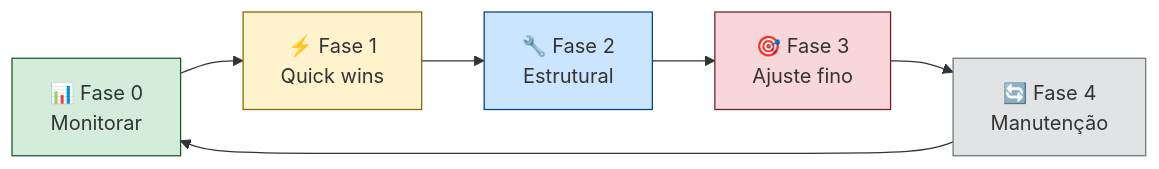
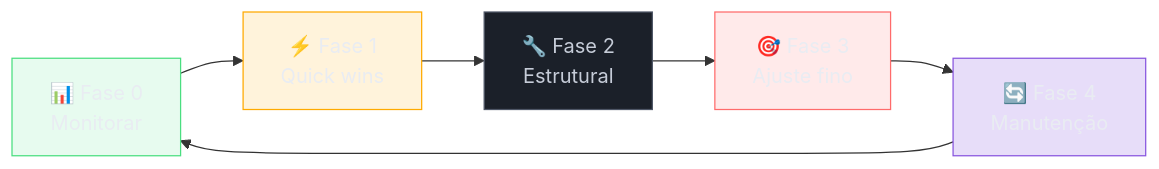
The diagram in 03-Dominios/Tecnologia/IA/Economia de Tokens/18 - Playbook de economia — checklist completo.md (josenaldo/codex-technomanticus), drawn with Mermaid before and after one commit. The commit also changed 1181 other files, not shown here.

First line of the commit message:
fix(diagramas): paleta do sistema no lugar de cor cravada no markdown

````diff
--- a/03-Dominios/Tecnologia/IA/Economia de Tokens/18 - Playbook de economia — checklist completo.md
+++ b/03-Dominios/Tecnologia/IA/Economia de Tokens/18 - Playbook de economia — checklist completo.md
@@ -30,14 +30,19 @@
 ```mermaid
 flowchart LR
+    classDef ok fill:#4ADE8021,stroke:#4ADE80,color:#E9ECF2
+    classDef destaque fill:#FFAA0024,stroke:#FFAA00,color:#E9ECF2
+    classDef neutro fill:#1B2029,stroke:#4E5666,color:#C6CCD8
+    classDef falha fill:#FF6B6B24,stroke:#FF6B6B,color:#E9ECF2
+    classDef marca fill:#8855DF33,stroke:#8855DF,color:#E9ECF2
     A["📊 Fase 0\nMonitorar"] --> B["⚡ Fase 1\nQuick wins"]
     B --> C["🔧 Fase 2\nEstrutural"]
     C --> D["🎯 Fase 3\nAjuste fino"]
     D --> E["🔄 Fase 4\nManutenção"]
     E --> A
 
-    style A fill:#d4edda,stroke:#155724
-    style B fill:#fff3cd,stroke:#856404
-    style C fill:#cce5ff,stroke:#004085
-    style D fill:#f8d7da,stroke:#721c24
-    style E fill:#e2e3e5,stroke:#6c757d
+    class A ok
+    class B destaque
+    class C neutro
+    class D falha
+    class E marca
 ```
````
